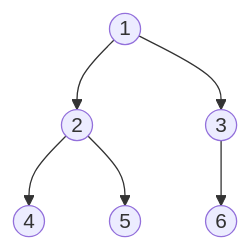
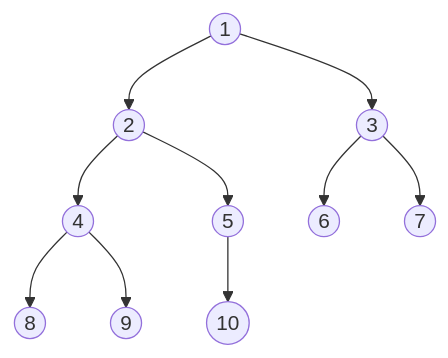
The fourth of 4 diagrams in 01_DSA/08_Tree/Notes.md (someshsangwan/SDE-Vault), drawn with Mermaid before and after one commit. The commit also changed other lines of this file, not shown here.

````diff
--- a/01_DSA/08_Tree/Notes.md
+++ b/01_DSA/08_Tree/Notes.md
@@ -19,8 +108,12 @@
 ```mermaid
 graph TD
     A((1)) --> B((2))
     A --> C((3))
     B --> D((4))
     B --> E((5))
     C --> F((6))
+    C --> G((7))
+    D --> H((8))
+    D --> I((9))
+    E --> J((10))
 ```
````
